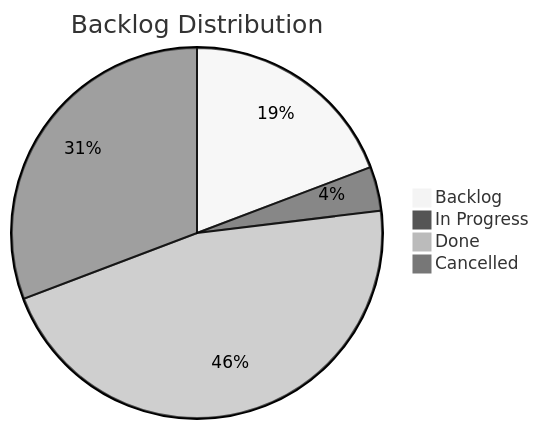
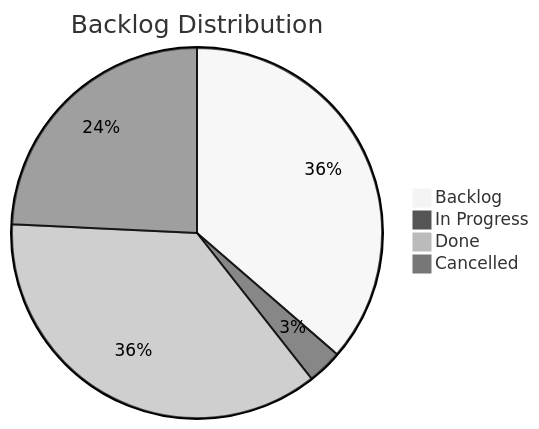
One commit to TheCodeCreature/Hytale-Example-Plugin changed the diagram in docs/board.md. Above: the diagram before and after it, drawn with Mermaid (neutral theme). The commit also changed other lines of this file and 20 other files, not shown here.

````diff
--- a/docs/board.md
+++ b/docs/board.md
@@ -7,7 +7,7 @@
 ```mermaid
 pie title Backlog Distribution
-    "Backlog" : 5
+    "Backlog" : 12
     "In Progress" : 1
     "Done" : 12
     "Cancelled" : 8
 ```
````
